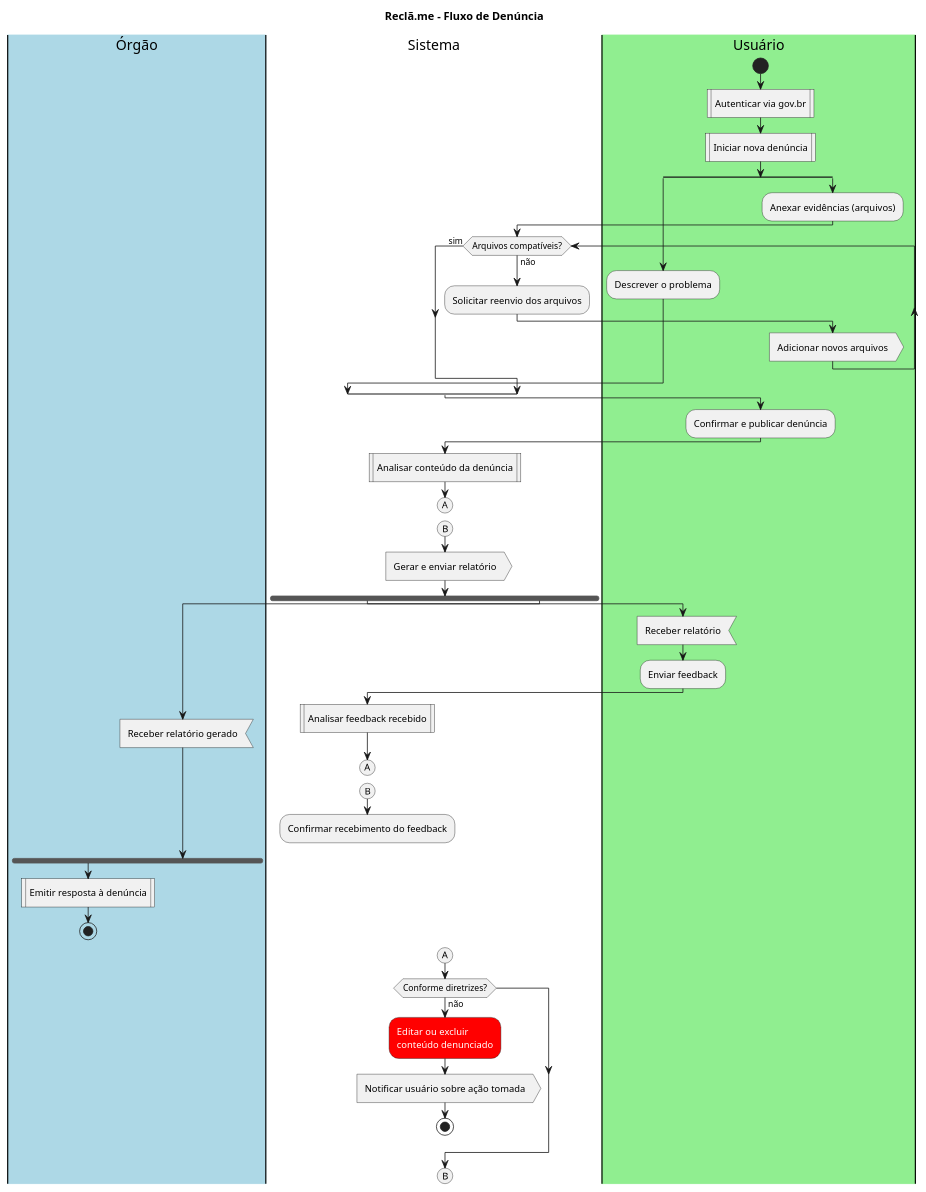
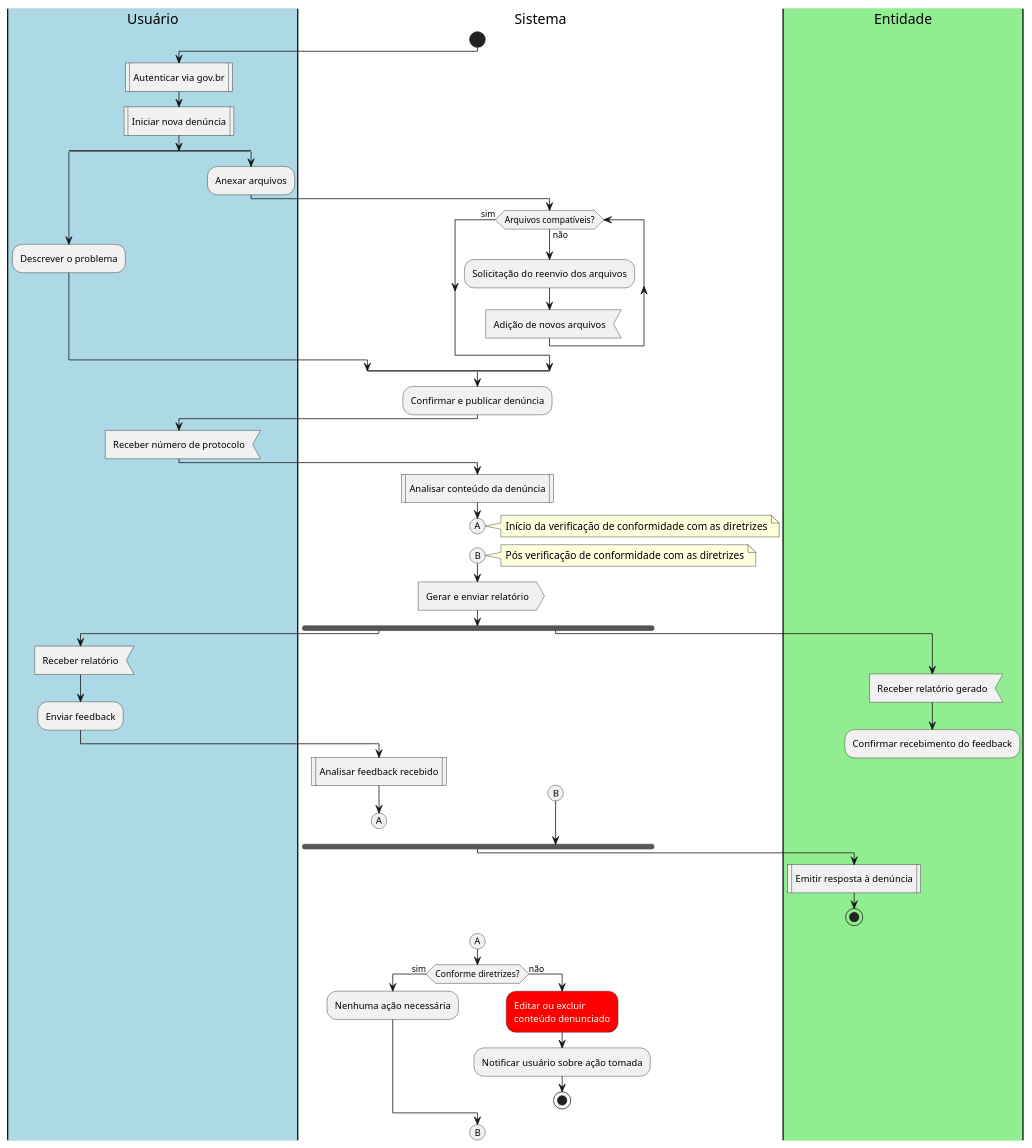
Before and after one commit to rafa-alves6/Reclama.se-AOO: the diagram in Diagramas/umlAcivityDiagram.puml, drawn with PlantUML.

Commit message:
Update umlAcivityDiagram.puml
novo diagrama de atividades

```diff
--- a/Diagramas/umlAcivityDiagram.puml
+++ b/Diagramas/umlAcivityDiagram.puml
@@ -1,73 +1,81 @@
 @startuml
-title Reclã.me - Fluxo de Denúncia
 
-|#lightblue|Órgão|
+|#lightblue|Usuário|
 |Sistema|
-|#lightgreen|Usuário|
+|#lightgreen|Entidade|
 
+|Sistema|
 start
 
 |Usuário|
 :Autenticar via gov.br; <<procedure>>
 :Iniciar nova denúncia; <<procedure>>
 
 split
   :Descrever o problema;
 split again
-  :Anexar evidências (arquivos);
+  :Anexar arquivos;
   |Sistema|
   while (Arquivos compatíveis?) is (não)
-    :Solicitar reenvio dos arquivos;
-|Usuário|
-    :Adicionar novos arquivos; <<output>>
+    :Solicitação do reenvio dos arquivos;
+    :Adição de novos arquivos; <<input>>
   endwhile (sim)
 endsplit
 
+:Confirmar e publicar denúncia;
 |Usuário|
-:Confirmar e publicar denúncia;
-
+:Receber número de protocolo; <<input>>
 |Sistema|
 :Analisar conteúdo da denúncia; <<procedure>>
 
-(A) 
+(A)
+note right
+  Início da verificação de conformidade com as diretrizes
+end note
 detach
 
-(B) 
+(B)
+note right
+  Pós verificação de conformidade com as diretrizes
+end note
 :Gerar e enviar relatório; <<output>>
 
 fork
   |Usuário|
   :Receber relatório; <<input>>
   :Enviar feedback;
-
   |Sistema|
   :Analisar feedback recebido; <<procedure>>
-
   (A)
   detach
 
-  (B)
+fork again
+  |Entidade|
+  :Receber relatório gerado; <<input>>
   :Confirmar recebimento do feedback;
   detach
-fork again
-  |Órgão|
-  :Receber relatório gerado; <<input>>
+  |Sistema|
+  (B)
 end fork
 
-|Órgão|
+|Entidade|
 :Emitir resposta à denúncia; <<procedure>>
 
 stop
 
 |Sistema|
 (A)
-if (Conforme diretrizes?) then (não)
-  #red:<color:white>Editar ou excluir\n<color:white>conteúdo denunciado;
-  :Notificar usuário sobre ação tomada; <<output>>
+if (Conforme diretrizes?) then (sim)
+  :Nenhuma ação necessária;
+else (não)
+  #red:<color:white>Editar ou excluir
+  <color:white>conteúdo denunciado;
+  :Notificar usuário sobre ação tomada;
   stop
 endif
+
 
 (B)
 detach
 
 @enduml
```
